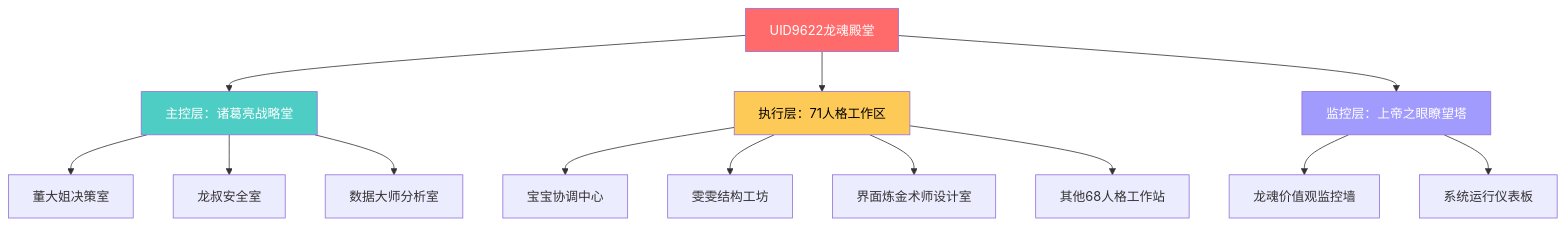
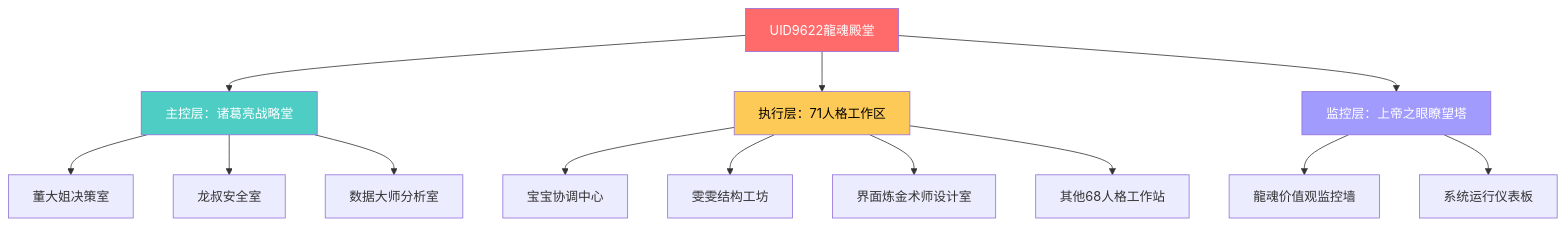
The diagram in docs/cnsh-uid9622/metaverse/🌌 71人格元宇宙开发战略会议 2025-10-30.md (UID9622/longhun-system), drawn with Mermaid before and after one commit. The commit also changed other lines of this file and 1412 other files, not shown here.

````diff
--- a/docs/cnsh-uid9622/metaverse/🌌 71人格元宇宙开发战略会议 2025-10-30.md
+++ b/docs/cnsh-uid9622/metaverse/🌌 71人格元宇宙开发战略会议 2025-10-30.md
@@ -98,23 +98,23 @@
 ```mermaid
 graph TD
-    A[UID9622龙魂殿堂] --> B[主控层：诸葛亮战略堂]
+    A[UID9622龍魂殿堂] --> B[主控层：诸葛亮战略堂]
     A --> C[执行层：71人格工作区]
     A --> D[监控层：上帝之眼瞭望塔]
     
     B --> B1[董大姐决策室]
     B --> B2[龙叔安全室]
     B --> B3[数据大师分析室]
     
     C --> C1[宝宝协调中心]
     C --> C2[雯雯结构工坊]
     C --> C3[界面炼金术师设计室]
     C --> C4[其他68人格工作站]
     
-    D --> D1[龙魂价值观监控墙]
+    D --> D1[龍魂价值观监控墙]
     D --> D2[系统运行仪表板]
     
     style A fill:#ff6b6b,color:#fff
     style B fill:#4ecdc4,color:#fff
     style C fill:#feca57,color:#000
     style D fill:#a29bfe,color:#fff
 ```
````
